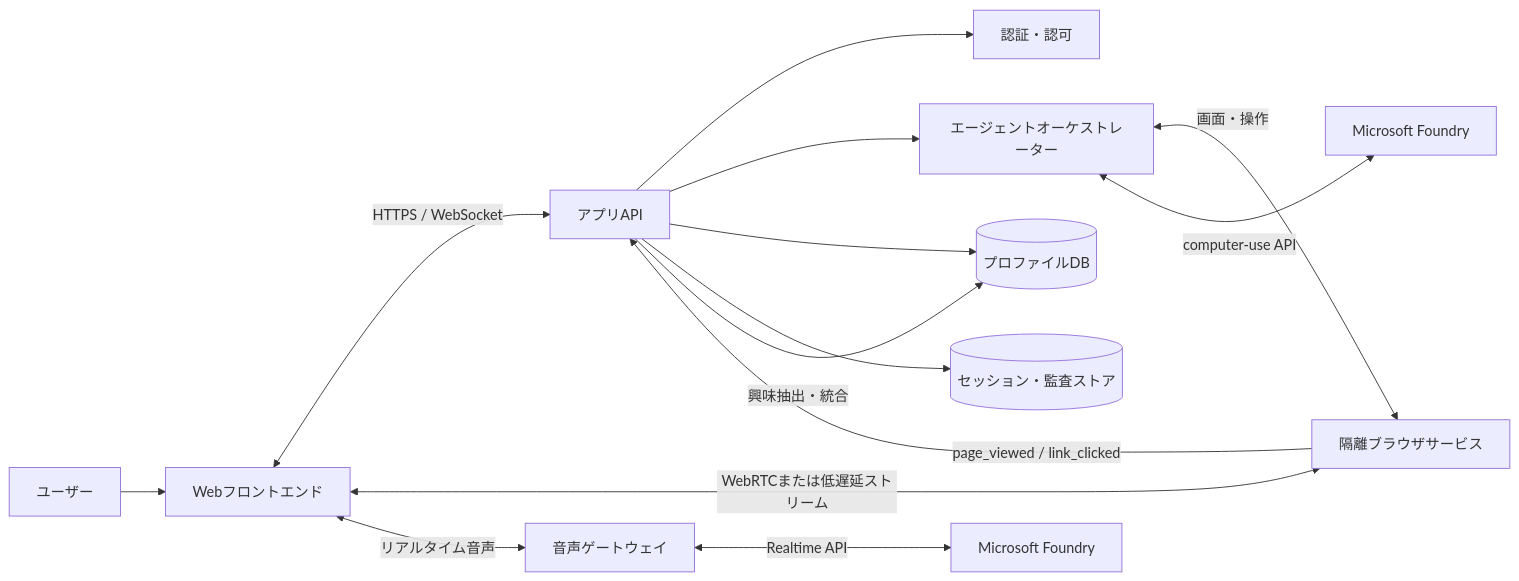
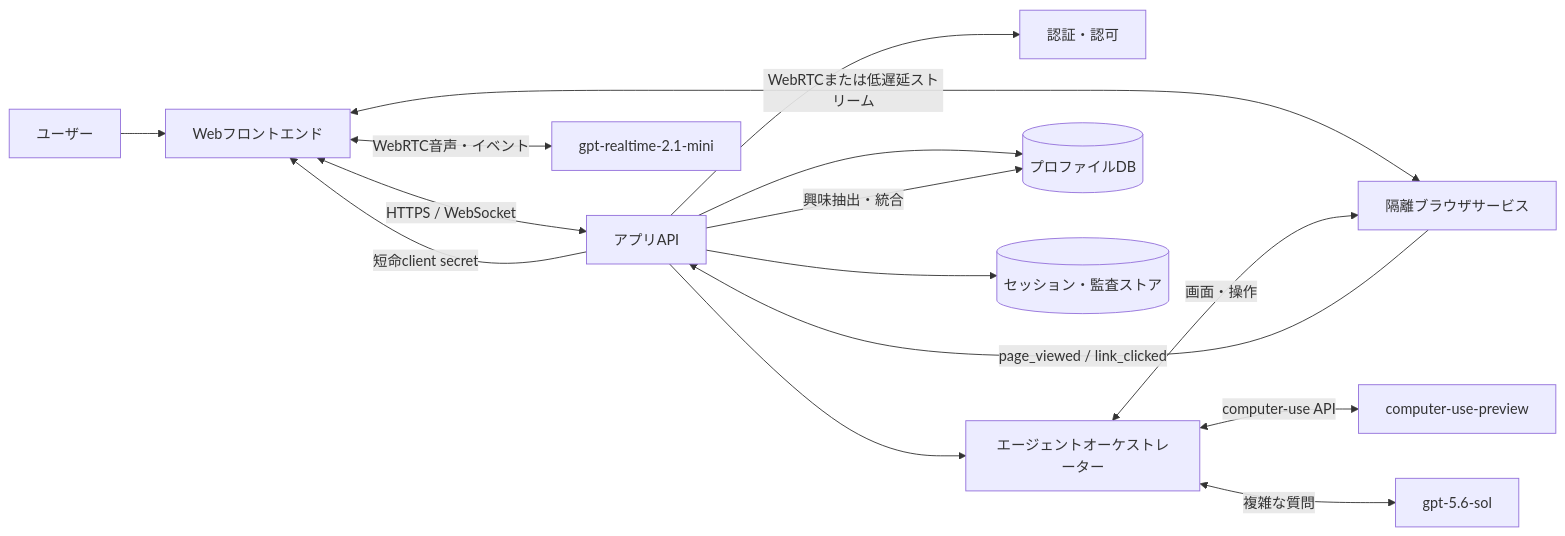
Before and after one commit to mskenichin/webpage-vision-agent: the first of 2 diagrams in SPEC.md, drawn with Mermaid. The commit also changed other lines of this file and 36 other files, not shown here.

````diff
--- a/SPEC.md
+++ b/SPEC.md
@@ -260,16 +264,17 @@
 ```mermaid
 flowchart LR
     U[ユーザー] --> FE[Webフロントエンド]
     FE <-->|HTTPS / WebSocket| API[アプリAPI]
     FE <-->|WebRTCまたは低遅延ストリーム| BS[隔離ブラウザサービス]
     API --> AUTH[認証・認可]
     API --> ORCH[エージェントオーケストレーター]
     API --> PROFILE[(プロファイルDB)]
     API --> AUDIT[(セッション・監査ストア)]
     ORCH <-->|画面・操作| BS
-    ORCH <-->|computer-use API| CU[Microsoft Foundry]
-    FE <-->|リアルタイム音声| VOICE[音声ゲートウェイ]
-    VOICE <-->|Realtime API| RT[Microsoft Foundry]
+    ORCH <-->|computer-use API| CU[computer-use-preview]
+    ORCH <-->|複雑な質問| EXPERT[gpt-5.6-sol]
+    API -->|短命client secret| FE
+    FE <-->|WebRTC音声・イベント| RT[gpt-realtime-2.1-mini]
     BS -->|page_viewed / link_clicked| API
     API -->|興味抽出・統合| PROFILE
 ```
````
